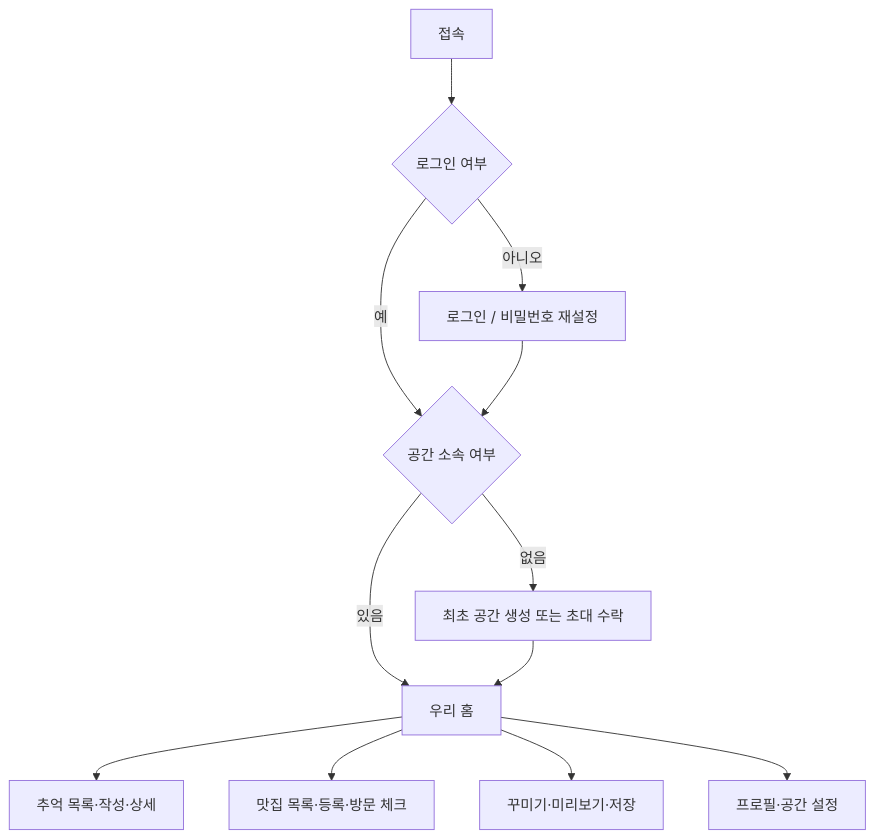
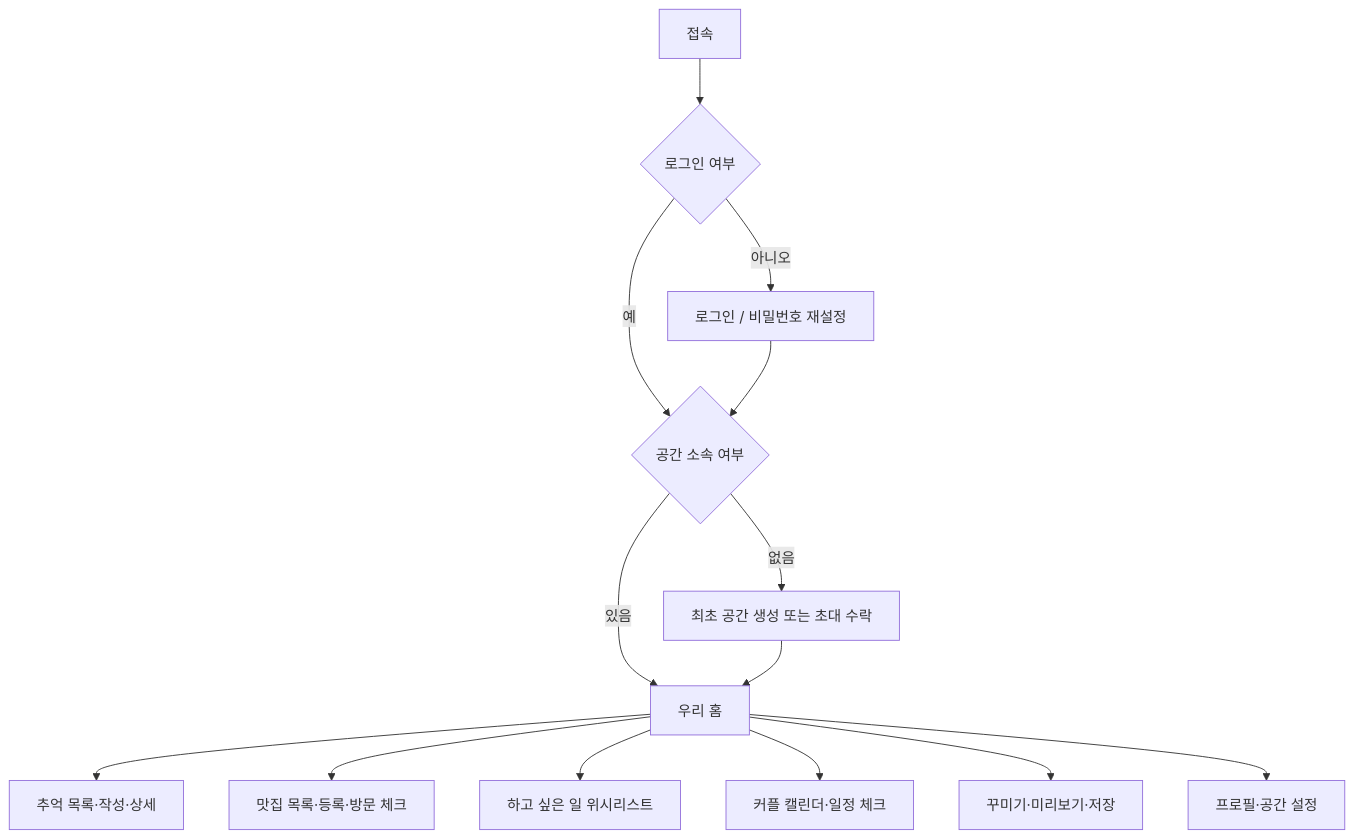
One commit to KimSeungCheol4589/girlfriend changed the second of 3 diagrams in DESIGN.md. Above: the diagram before and after it, drawn with Mermaid. The commit also changed other lines of this file and 3 other files, not shown here.

````diff
--- a/DESIGN.md
+++ b/DESIGN.md
@@ -50,14 +53,16 @@
 ```mermaid
 flowchart TD
     A[접속] --> B{로그인 여부}
     B -->|아니오| C[로그인 / 비밀번호 재설정]
     B -->|예| D{공간 소속 여부}
     C --> D
     D -->|없음| E[최초 공간 생성 또는 초대 수락]
     D -->|있음| F[우리 홈]
     E --> F
     F --> G[추억 목록·작성·상세]
     F --> H[맛집 목록·등록·방문 체크]
+    F --> K[하고 싶은 일 위시리스트]
+    F --> L[커플 캘린더·일정 체크]
     F --> I[꾸미기·미리보기·저장]
     F --> J[프로필·공간 설정]
 ```
````
